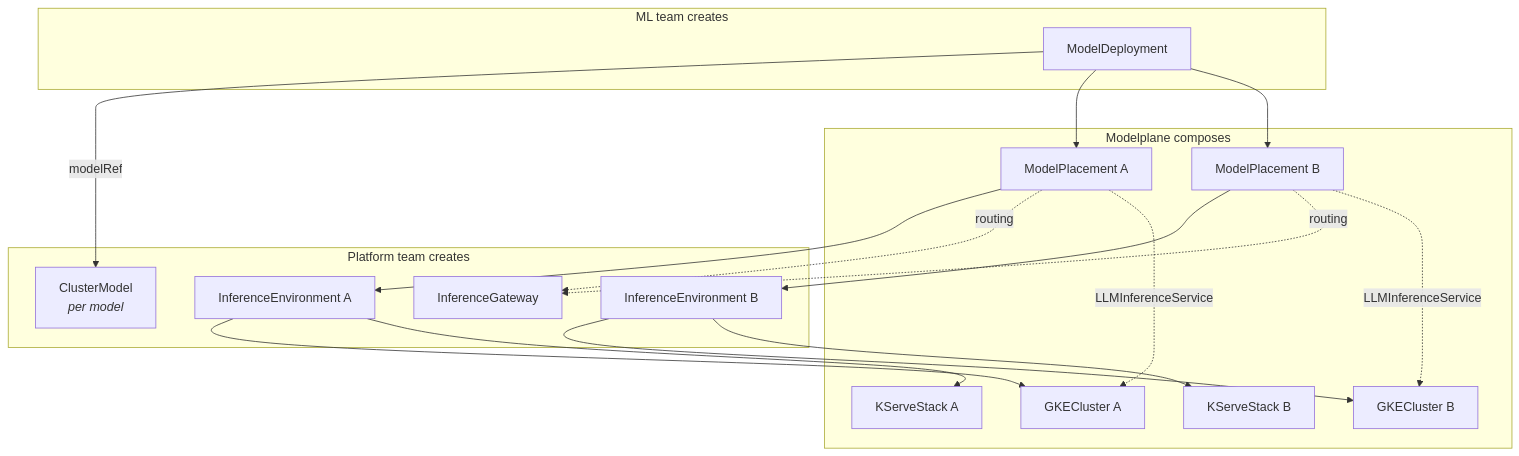
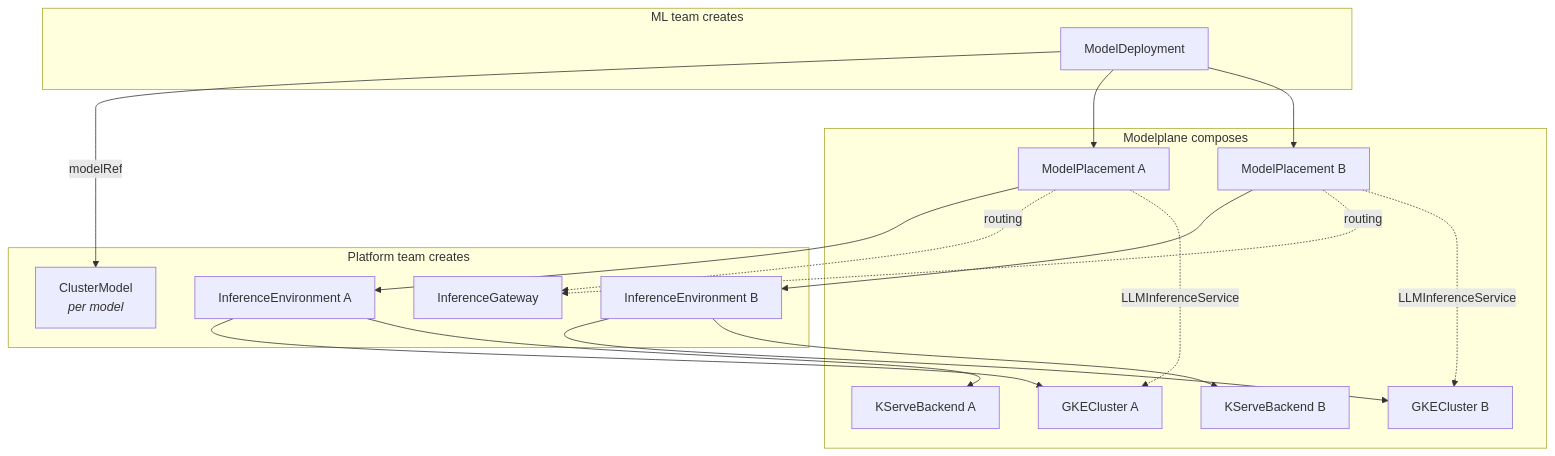
One commit to modelplaneai/modelplane changed the diagram in design/design.md. Above: the diagram before and after it, drawn with Mermaid. The commit also changed other lines of this file and 32 other files, not shown here.

First line of the commit message:
Rename internal Stack XRs to Backend

````diff
--- a/design/design.md
+++ b/design/design.md
@@ -668,36 +668,36 @@
 ```mermaid
 flowchart TD
     subgraph platform["Platform team creates"]
         IG["InferenceGateway"]
         CM["ClusterModel\n<i>per model</i>"]
         IE1["InferenceEnvironment A"]
         IE2["InferenceEnvironment B"]
     end
 
     subgraph ml["ML team creates"]
         MD["ModelDeployment"]
     end
 
     subgraph composed["Modelplane composes"]
         MP1["ModelPlacement A"]
         MP2["ModelPlacement B"]
         GKE1["GKECluster A"]
         GKE2["GKECluster B"]
-        KS1["KServeStack A"]
-        KS2["KServeStack B"]
+        KS1["KServeBackend A"]
+        KS2["KServeBackend B"]
     end
 
     MD -- "modelRef" --> CM
     MD --> MP1
     MD --> MP2
     MP1 --> IE1
     MP1 -. "routing" .-> IG
     MP2 --> IE2
     MP2 -. "routing" .-> IG
     IE1 --> GKE1
     IE1 --> KS1
     IE2 --> GKE2
     IE2 --> KS2
     MP1 -. "LLMInferenceService" .-> GKE1
     MP2 -. "LLMInferenceService" .-> GKE2
 ```
````
